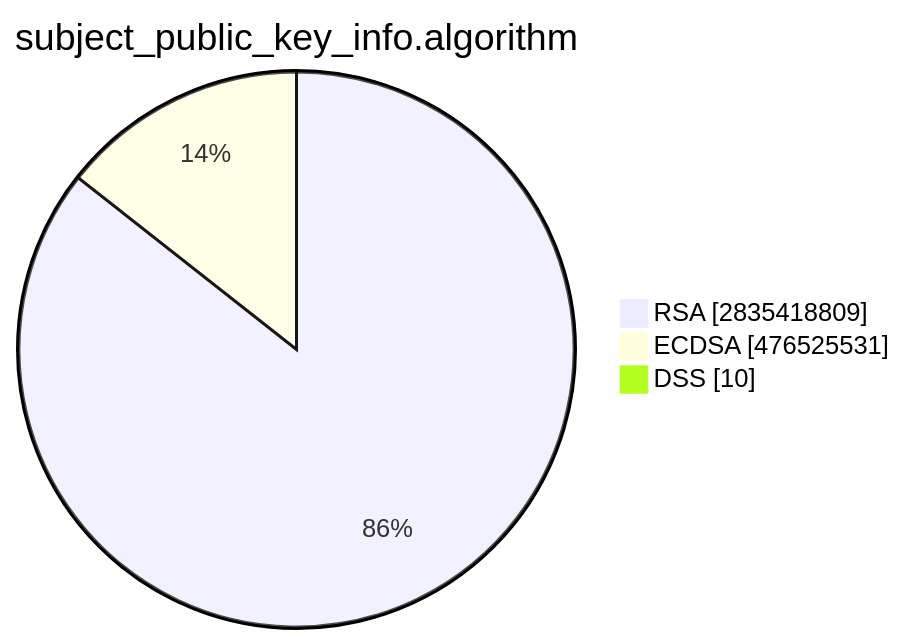
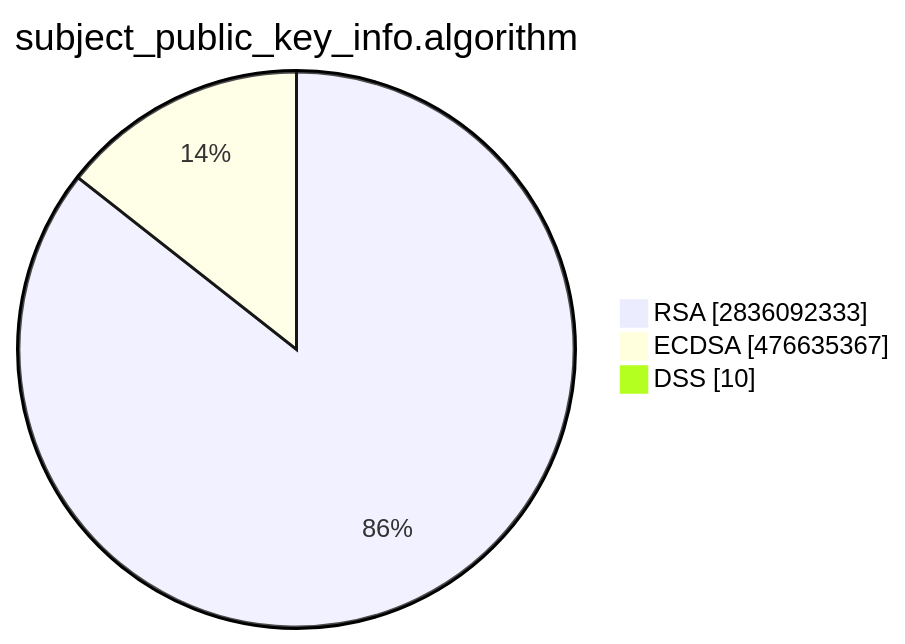
One commit to christiankrug/ctmonitor_visualization changed the second of 15 diagrams in TOTAL/README.md. Above: the diagram before and after it, drawn with Mermaid. The commit also changed other lines of this file, not shown here.

````diff
--- a/TOTAL/README.md
+++ b/TOTAL/README.md
@@ -6,7 +6,7 @@
 ```mermaid
 pie showData
 title subject_public_key_info.algorithm
-"RSA" :2835418809
-"ECDSA" :476525531
+"RSA" :2836092333
+"ECDSA" :476635367
 "DSS" :10
 ```
````
